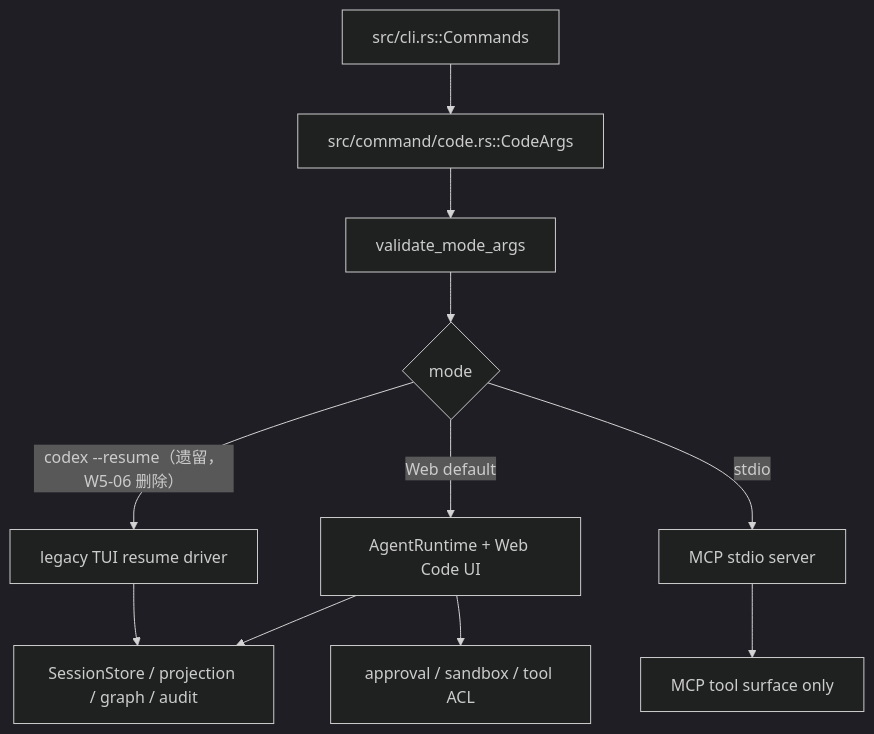
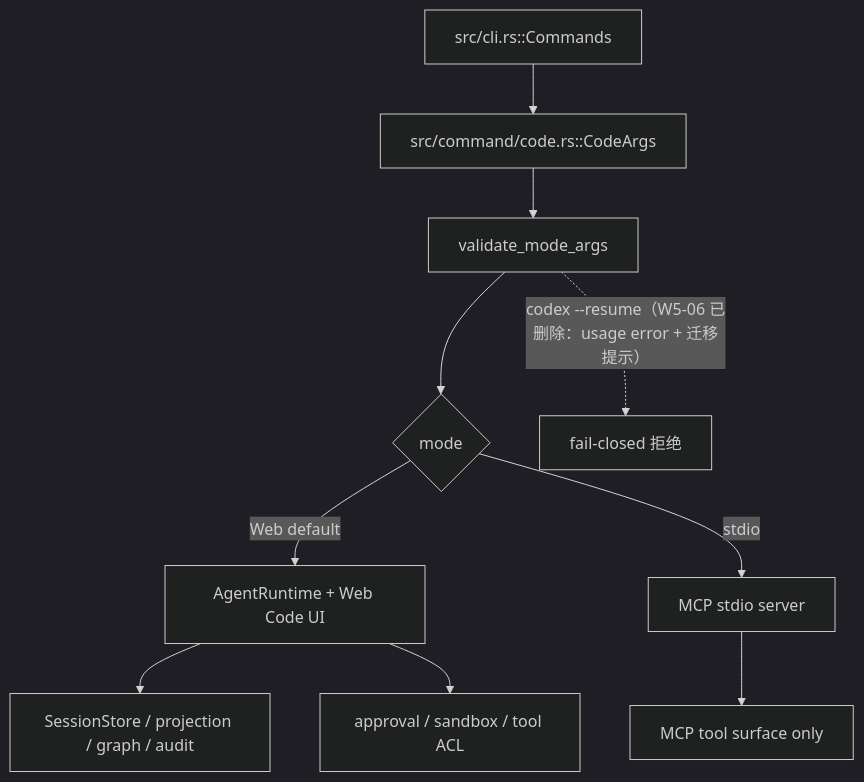
The diagram in docs/development/tracing/code.md (jjl9807/libra), drawn with Mermaid (dark theme) before and after one commit. The commit also changed other lines of this file and 17 other files, not shown here.

````diff
--- a/docs/development/tracing/code.md
+++ b/docs/development/tracing/code.md
@@ -30,13 +30,12 @@
 ```mermaid
 flowchart TD
     A["src/cli.rs::Commands"] --> B["src/command/code.rs::CodeArgs"]
     B --> C["validate_mode_args"]
     C --> D{"mode"}
     D -->|"Web default"| E["AgentRuntime + Web Code UI"]
-    D -->|"codex --resume（遗留，W5-06 删除）"| F["legacy TUI resume driver"]
     D -->|"stdio"| G["MCP stdio server"]
+    C -.->|"codex --resume（W5-06 已删除：usage error + 迁移提示）"| X["fail-closed 拒绝"]
     E --> H["SessionStore / projection / graph / audit"]
-    F --> H
     G --> I["MCP tool surface only"]
     E --> J["approval / sandbox / tool ACL"]
 ```
````
